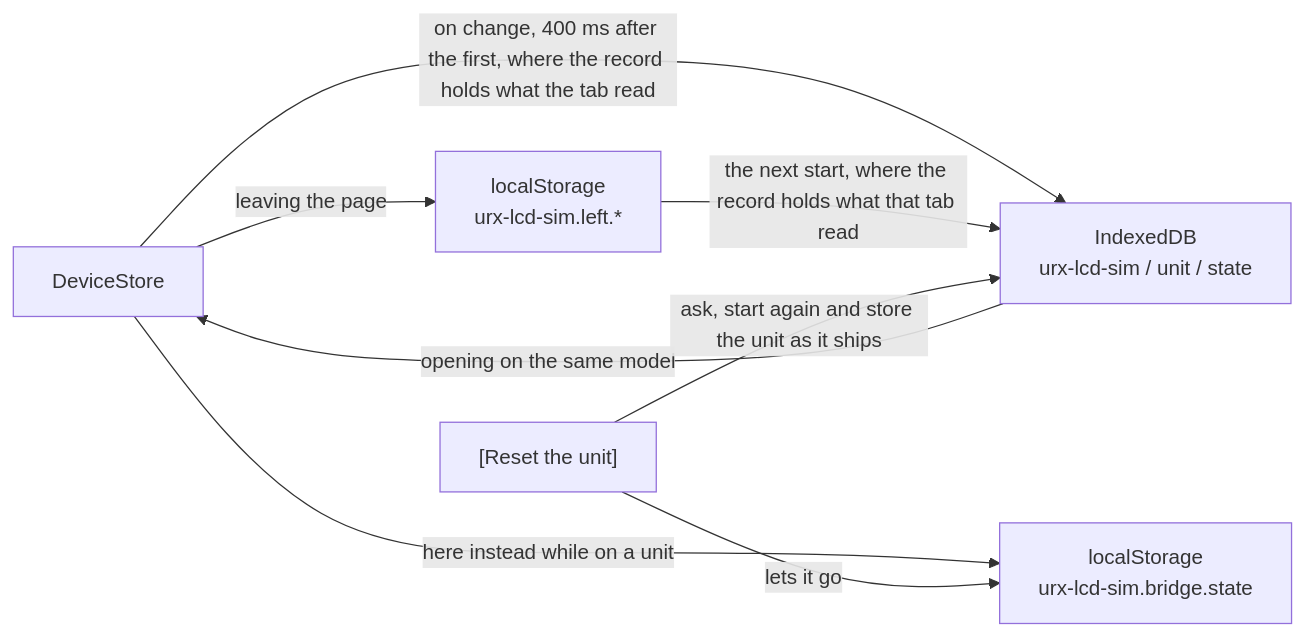
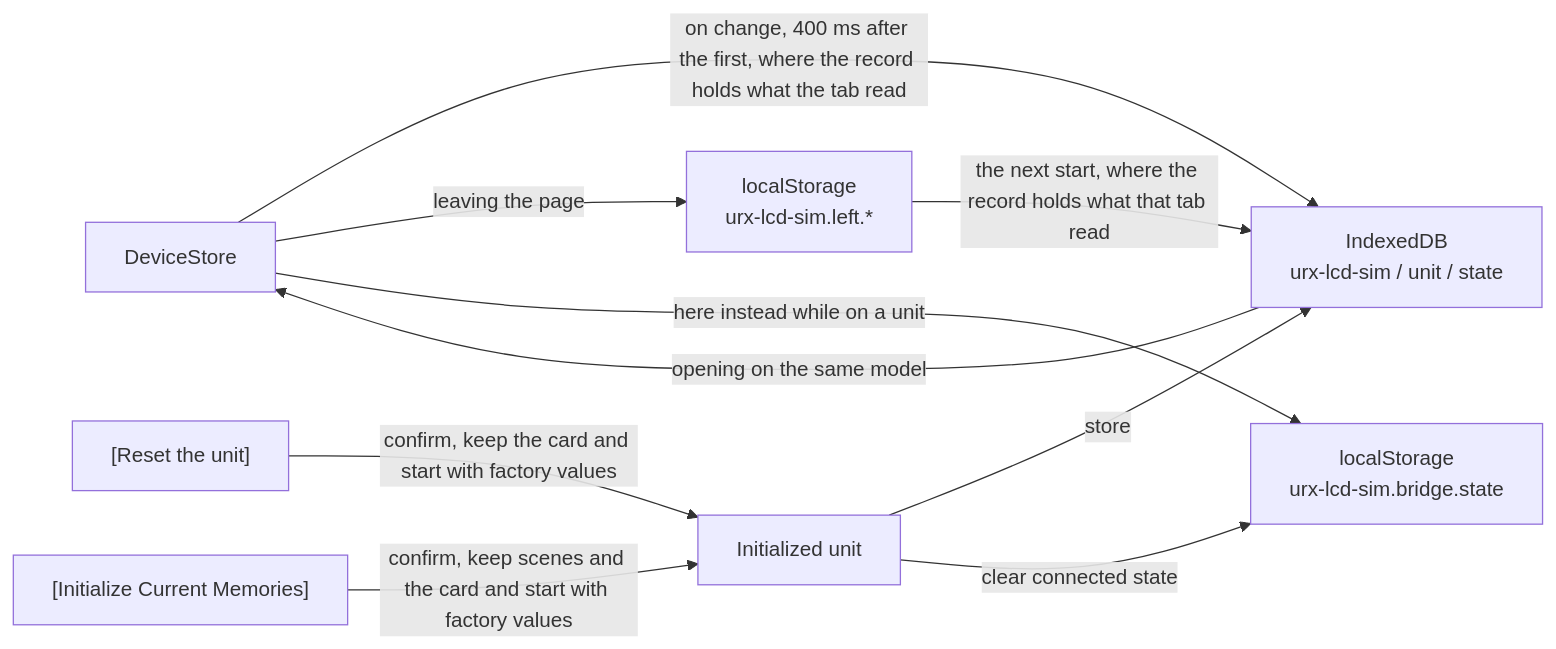
The second of 2 diagrams in docs/en/architecture.md (semnil/urx-lcd-sim), drawn with Mermaid before and after one commit. The commit also changed other lines of this file and 16 other files, not shown here.

````diff
--- a/docs/en/architecture.md
+++ b/docs/en/architecture.md
@@ -188,10 +191,12 @@
 ```mermaid
 flowchart LR
   ST["DeviceStore"] -->|"on change, 400 ms after the first, where the record holds what the tab read"| DB["IndexedDB<br/>urx-lcd-sim / unit / state"]
   DB -->|"opening on the same model"| ST
   ST -->|"leaving the page"| LEFT["localStorage<br/>urx-lcd-sim.left.*"]
   LEFT -->|"the next start, where the record holds what that tab read"| DB
-  RS["[Reset the unit]"] -->|"ask, start again and store the unit as it ships"| DB
+  RS["[Reset the unit]"] -->|"confirm, keep the card and start with factory values"| INIT["Initialized unit"]
+  CM["[Initialize Current Memories]"] -->|"confirm, keep scenes and the card and start with factory values"| INIT
+  INIT -->|"store"| DB
   ST -->|"here instead while on a unit"| LB["localStorage<br/>urx-lcd-sim.bridge.state"]
-  RS -->|"lets it go"| LB
+  INIT -->|"clear connected state"| LB
 ```
````
